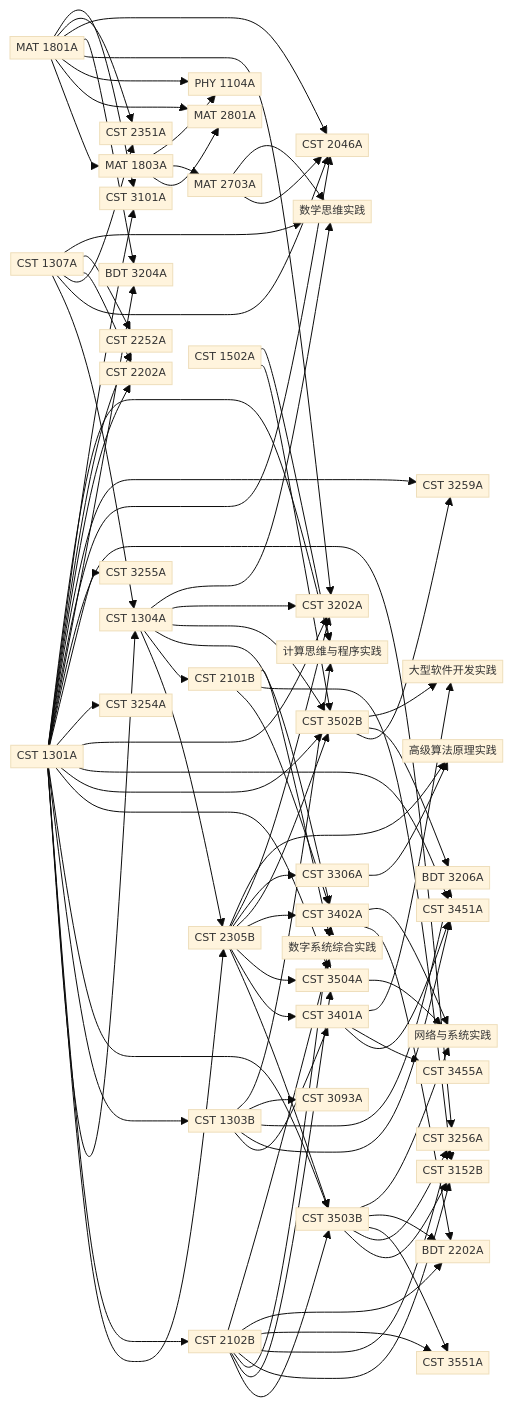
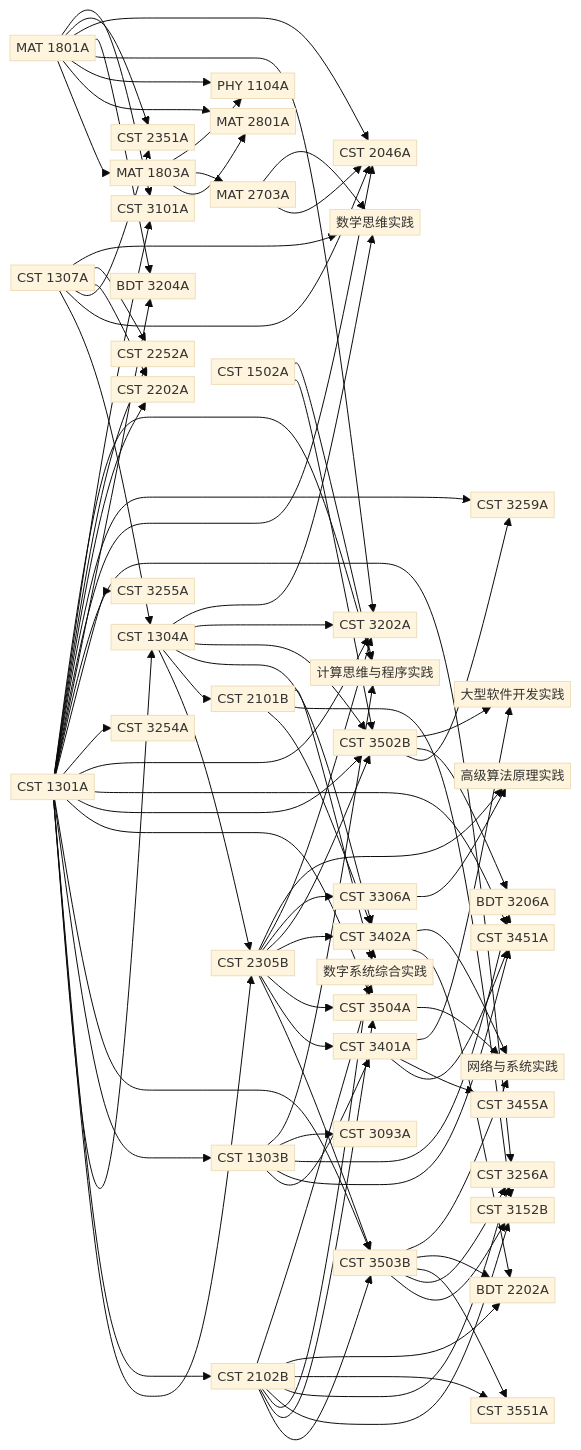
One commit to yyj138/topological-sort changed the second of 2 diagrams in docs/需求分析报告.md. Above: the diagram before and after it, drawn with Mermaid. The commit also changed other lines of this file, not shown here.

Commit message:
【T-B】课程关系图字体11px改13px与正文一致；功能需求表责任列用反引号代码样式防折行

````diff
--- a/docs/需求分析报告.md
+++ b/docs/需求分析报告.md
@@ -287,5 +287,5 @@
 ```mermaid
-%%{init: {'theme':'base','themeVariables':{'fontSize':'11px'},'flowchart':{'nodeSpacing':10,'rankSpacing':15,'padding':3}}}%%
+%%{init: {'theme':'base','themeVariables':{'fontSize':'13px'},'flowchart':{'nodeSpacing':10,'rankSpacing':15,'padding':3}}}%%
 flowchart LR
     v01["MAT 1801A"]
     v02["MAT 1803A"]
````
